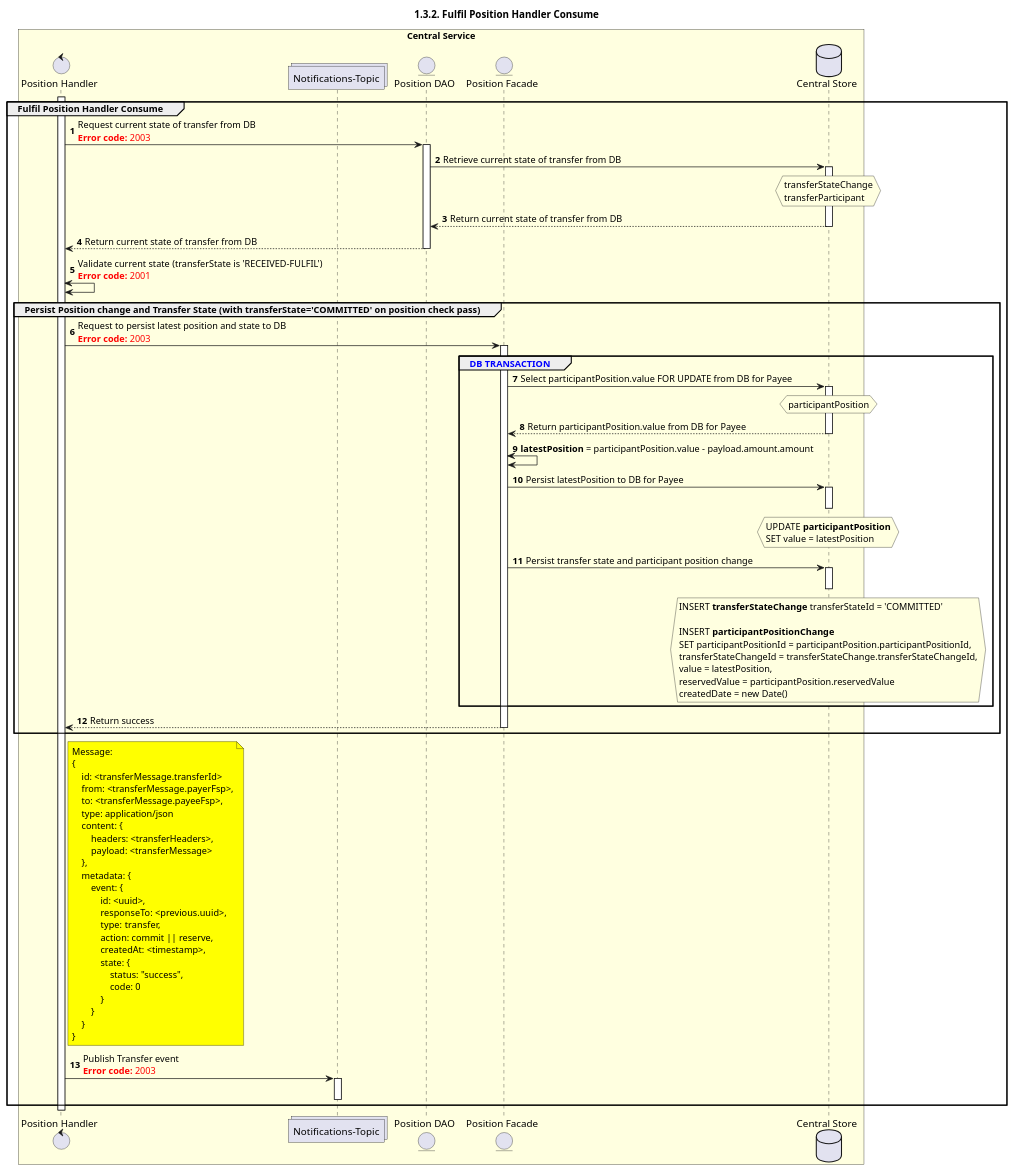
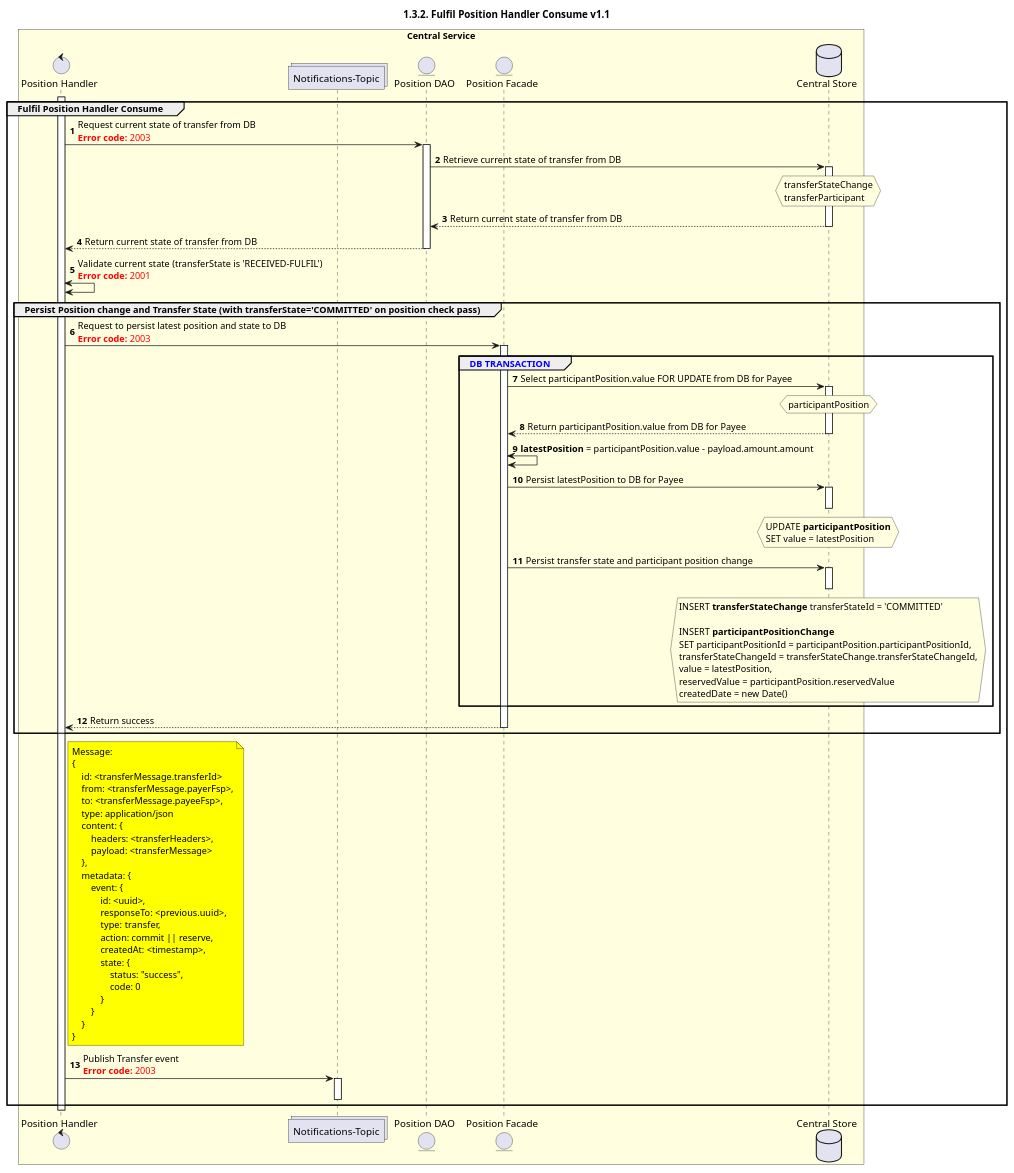
One commit to mojaloop/documentation changed the diagram in mojaloop-technical-overview/central-ledger/assets/diagrams/sequence/seq-position-1.3.2-fulfil-v1.1.plantuml. Above: the diagram before and after it, drawn with PlantUML. The commit also changed 6 other files, not shown here.

```diff
--- a/mojaloop-technical-overview/central-ledger/assets/diagrams/sequence/seq-position-1.3.2-fulfil-v1.1.plantuml
+++ b/mojaloop-technical-overview/central-ledger/assets/diagrams/sequence/seq-position-1.3.2-fulfil-v1.1.plantuml
@@ -27,114 +27,114 @@
 @startuml
 ' declate title
-title 1.3.2. Fulfil Position Handler Consume
+title 1.3.2. Fulfil Position Handler Consume v1.1
 
 autonumber
 
 ' Actor Keys:
 '   boundary - APIs/Interfaces, etc
 '   collections - Kafka Topics
 '   control - Kafka Consumers
 '   entity - Database Access Objects
 '   database - Database Persistence Store
 
 ' declare actors
 control "Position Handler" as POS_HANDLER
 collections "Notifications-Topic" as TOPIC_NOTIFICATIONS
 entity "Position Facade" as POS_FACADE
 entity "Position DAO" as POS_DAO
 database "Central Store" as DB
 
 box "Central Service" #LightYellow
     participant POS_HANDLER
     participant TOPIC_NOTIFICATIONS
     participant POS_DAO
     participant POS_FACADE
     participant DB
 end box
 
 ' start flow
 activate POS_HANDLER
 group Fulfil Position Handler Consume
     POS_HANDLER -> POS_DAO: Request current state of transfer from DB \n<color #FF0000><b>Error code:</b> 2003</color>
     activate POS_DAO
     POS_DAO -> DB: Retrieve current state of transfer from DB
     activate DB
     hnote over DB #lightyellow
         transferStateChange
         transferParticipant
     end note
     DB --> POS_DAO: Return current state of transfer from DB
     deactivate DB
     POS_DAO --> POS_HANDLER: Return current state of transfer from DB
     deactivate POS_DAO
     POS_HANDLER <-> POS_HANDLER: Validate current state (transferState is 'RECEIVED-FULFIL')\n<color #FF0000><b>Error code:</b> 2001</color>
     group Persist Position change and Transfer State (with transferState='COMMITTED' on position check pass)
         POS_HANDLER -> POS_FACADE: Request to persist latest position and state to DB\n<color #FF0000><b>Error code:</b> 2003</color>
         group <color #blue>DB TRANSACTION</color>
             activate POS_FACADE
             POS_FACADE -> DB: Select participantPosition.value FOR UPDATE from DB for Payee
             activate DB
             hnote over DB #lightyellow
                 participantPosition
             end note
             DB --> POS_FACADE: Return participantPosition.value from DB for Payee
             deactivate DB
             POS_FACADE <-> POS_FACADE: **latestPosition** = participantPosition.value - payload.amount.amount
             POS_FACADE->DB: Persist latestPosition to DB for Payee
             hnote over DB #lightyellow
                 UPDATE **participantPosition**
                 SET value = latestPosition
             end note
             activate DB
             deactivate DB
             POS_FACADE -> DB: Persist transfer state and participant position change
             hnote over DB #lightyellow
                     INSERT **transferStateChange** transferStateId = 'COMMITTED'
 
                     INSERT **participantPositionChange**
                     SET participantPositionId = participantPosition.participantPositionId,
                     transferStateChangeId = transferStateChange.transferStateChangeId,
                     value = latestPosition,
                     reservedValue = participantPosition.reservedValue
                     createdDate = new Date()
             end note
             activate DB
             deactivate DB
             deactivate POS_DAO
         end
         POS_FACADE --> POS_HANDLER: Return success
         deactivate POS_FACADE
     end
 
     note right of POS_HANDLER #yellow
         Message:
         {
             id: <transferMessage.transferId>
             from: <transferMessage.payerFsp>,
             to: <transferMessage.payeeFsp>,
             type: application/json
             content: {
                 headers: <transferHeaders>,
                 payload: <transferMessage>
             },
             metadata: {
                 event: {
                     id: <uuid>,
                     responseTo: <previous.uuid>,
                     type: transfer,
                     action: commit || reserve,
                     createdAt: <timestamp>,
                     state: {
                         status: "success",
                         code: 0
                     }
                 }
             }
         }
     end note
     POS_HANDLER -> TOPIC_NOTIFICATIONS: Publish Transfer event\n<color #FF0000><b>Error code:</b> 2003</color>
     activate TOPIC_NOTIFICATIONS
     deactivate TOPIC_NOTIFICATIONS
 end
 deactivate POS_HANDLER
 @enduml
```
